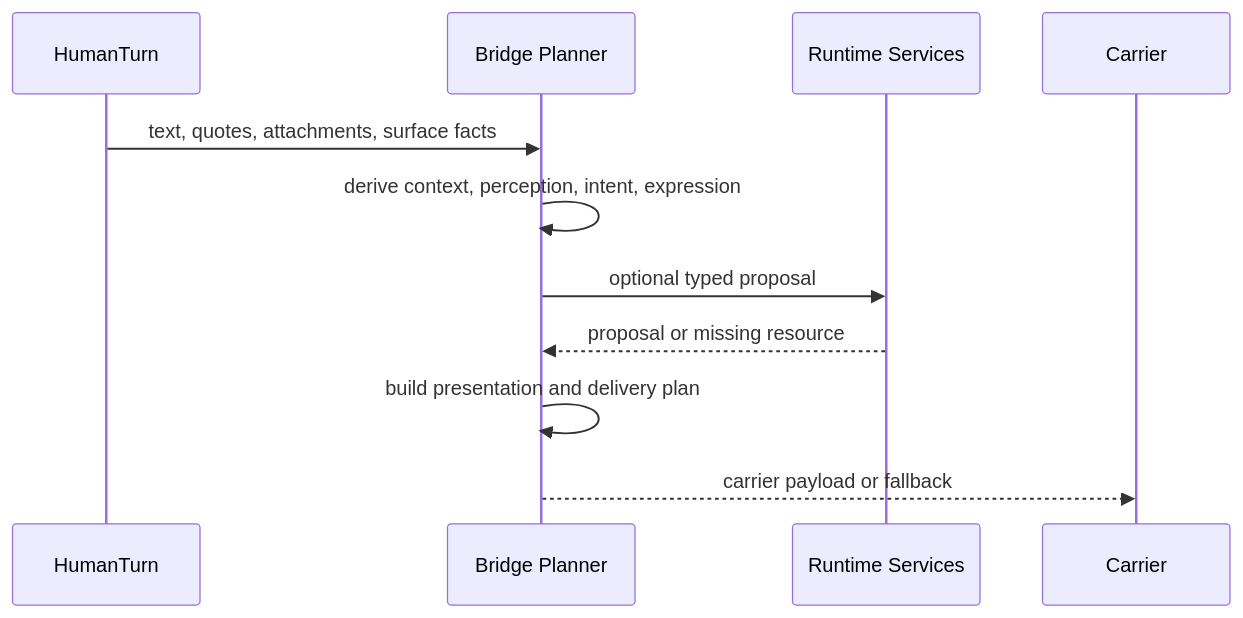
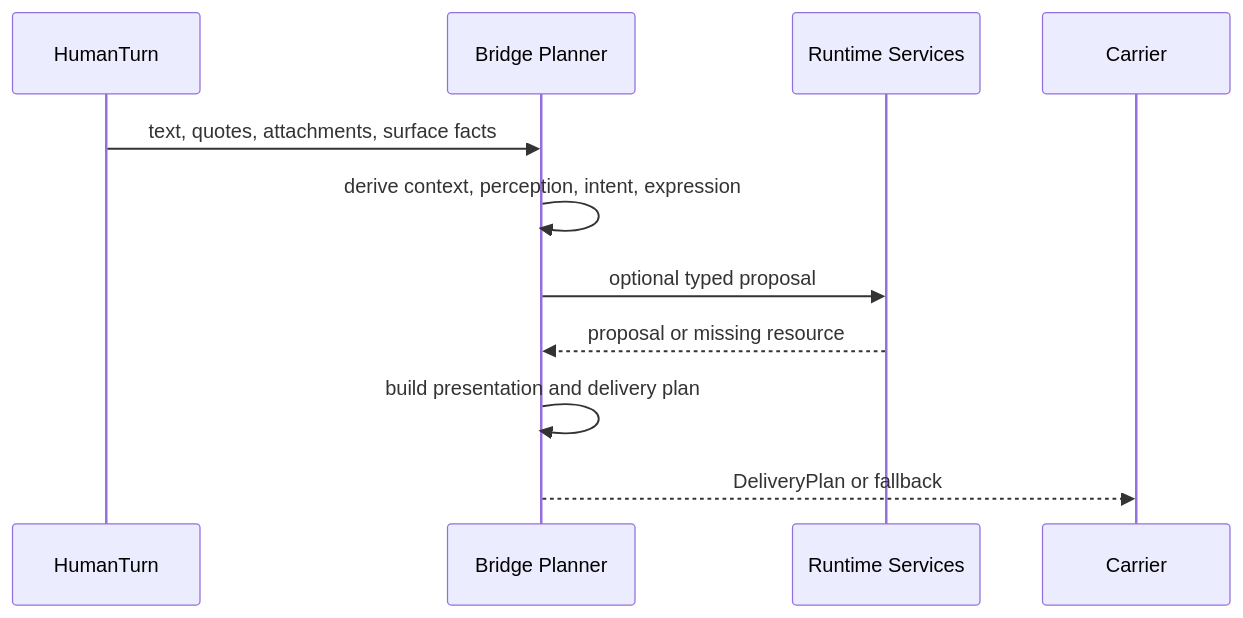
The fourth of 5 diagrams in architecture/system-design.md (cloudsbeyond/agent-interaction-bridge), drawn with Mermaid before and after one commit. The commit also changed other lines of this file and 5 other files, not shown here.

Commit message:
docs: align product and architecture contracts

````diff
--- a/architecture/system-design.md
+++ b/architecture/system-design.md
@@ -197,14 +209,14 @@
 ```mermaid
 sequenceDiagram
   participant H as HumanTurn
   participant B as Bridge Planner
   participant R as Runtime Services
   participant C as Carrier
 
   H->>B: text, quotes, attachments, surface facts
   B->>B: derive context, perception, intent, expression
   B->>R: optional typed proposal
   R-->>B: proposal or missing resource
   B->>B: build presentation and delivery plan
-  B-->>C: carrier payload or fallback
+  B-->>C: DeliveryPlan or fallback
 ```
````
